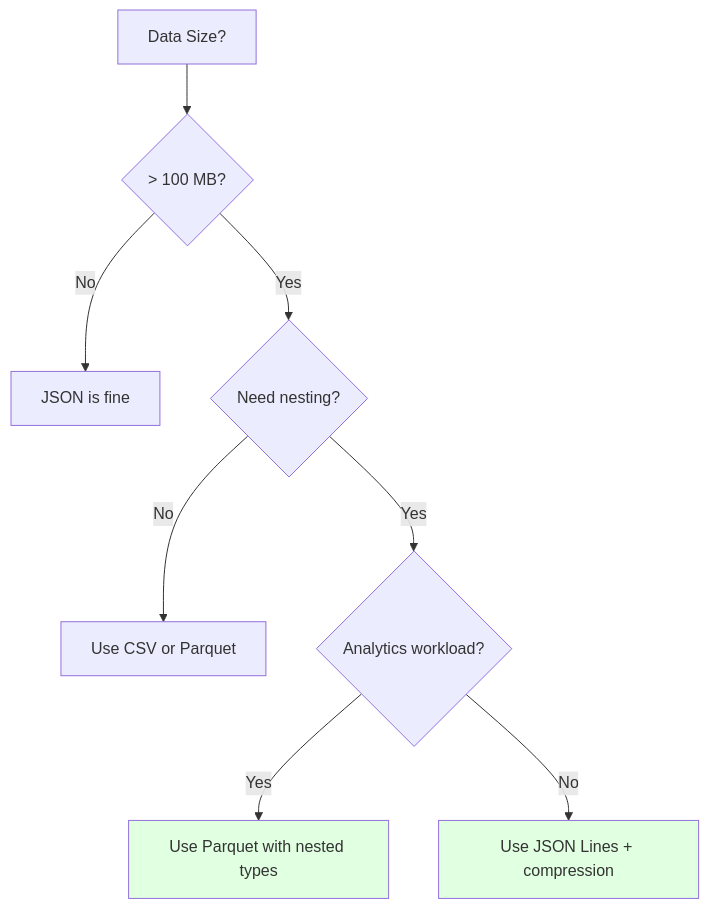
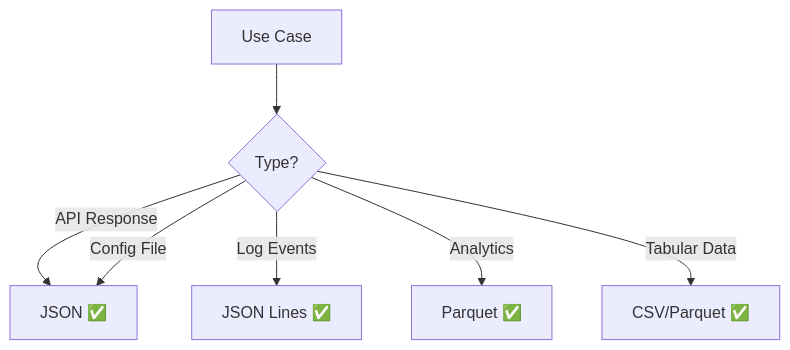
One commit to LCKYN/LCKYN-KnowledgeBase changed the second of 2 diagrams in 40-49 Data_Management/41_Data_Engineering/41.03 JSON File Format.md. Above: the diagram before and after it, drawn with Mermaid. The commit also changed other lines of this file and 17 other files, not shown here.

````diff
--- a/40-49 Data_Management/41_Data_Engineering/41.03 JSON File Format.md
+++ b/40-49 Data_Management/41_Data_Engineering/41.03 JSON File Format.md
@@ -542,16 +89,9 @@
 ```mermaid
 graph TD
-    A[Data Size?] --> B{> 100 MB?}
-
-    B -->|No| C[JSON is fine]
-    B -->|Yes| D{Need nesting?}
-
-    D -->|No| E[Use CSV or Parquet]
-    D -->|Yes| F{Analytics workload?}
-
-    F -->|Yes| G[Use Parquet with nested types]
-    F -->|No| H[Use JSON Lines + compression]
-
-    style G fill:#e1ffe1
-    style H fill:#e1ffe1
+    A[Use Case] --> B{Type?}
+    B -->|API Response| C[JSON ✅]
+    B -->|Config File| C
+    B -->|Log Events| D[JSON Lines ✅]
+    B -->|Analytics| E[Parquet ✅]
+    B -->|Tabular Data| F[CSV/Parquet ✅]
 ```
````
